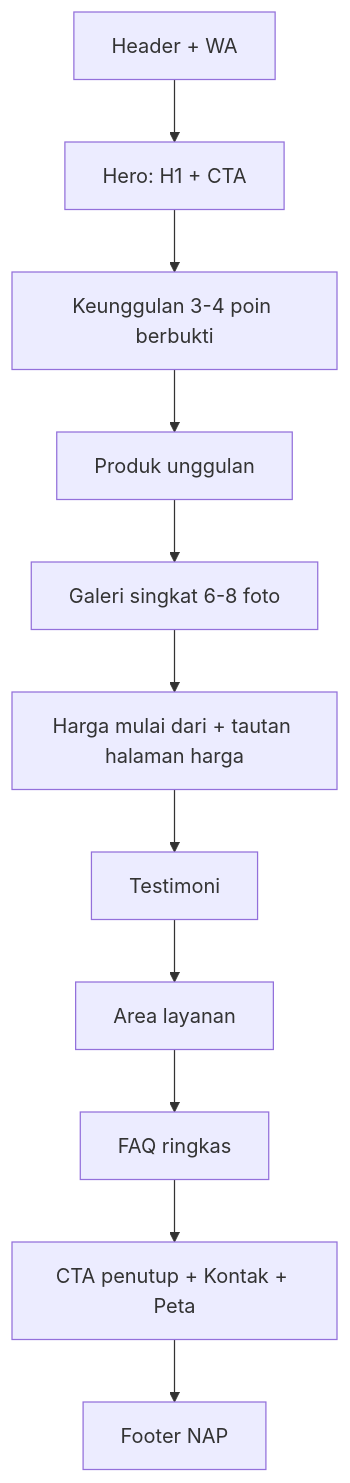
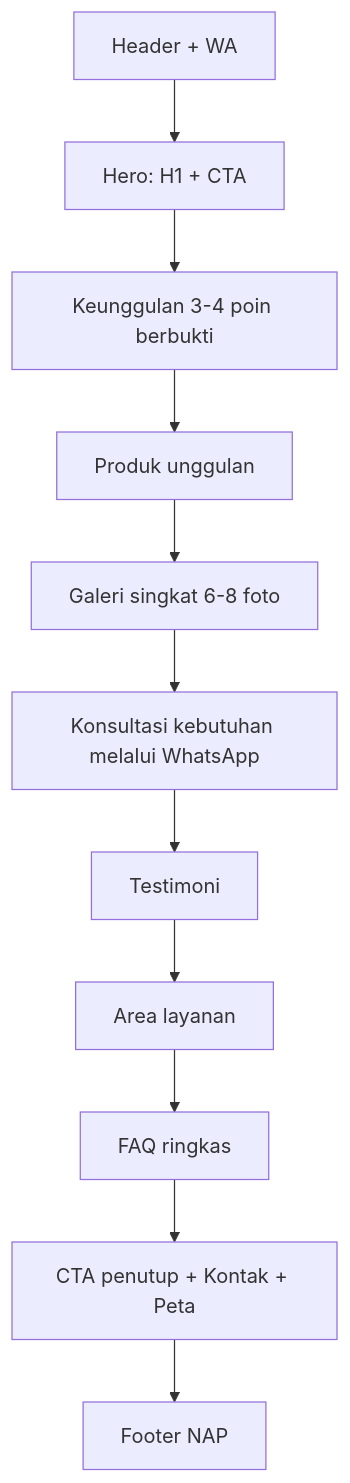
Before and after one commit to Makipak/Anugerah-Plafon-PVC: the diagram in docs/12-desain-ui-dan-konten.md, drawn with Mermaid. The commit also changed other lines of this file and 107 other files, not shown here.

````diff
--- a/docs/12-desain-ui-dan-konten.md
+++ b/docs/12-desain-ui-dan-konten.md
@@ -54,13 +53,13 @@
 ```mermaid
 flowchart TD
   A[Header + WA] --> B[Hero: H1 + CTA]
   B --> C[Keunggulan 3-4 poin berbukti]
   C --> D[Produk unggulan]
   D --> E[Galeri singkat 6-8 foto]
-  E --> F[Harga mulai dari + tautan halaman harga]
+  E --> F[Konsultasi kebutuhan melalui WhatsApp]
   F --> G[Testimoni]
   G --> H[Area layanan]
   H --> I[FAQ ringkas]
   I --> J[CTA penutup + Kontak + Peta]
   J --> K[Footer NAP]
 ```
````
